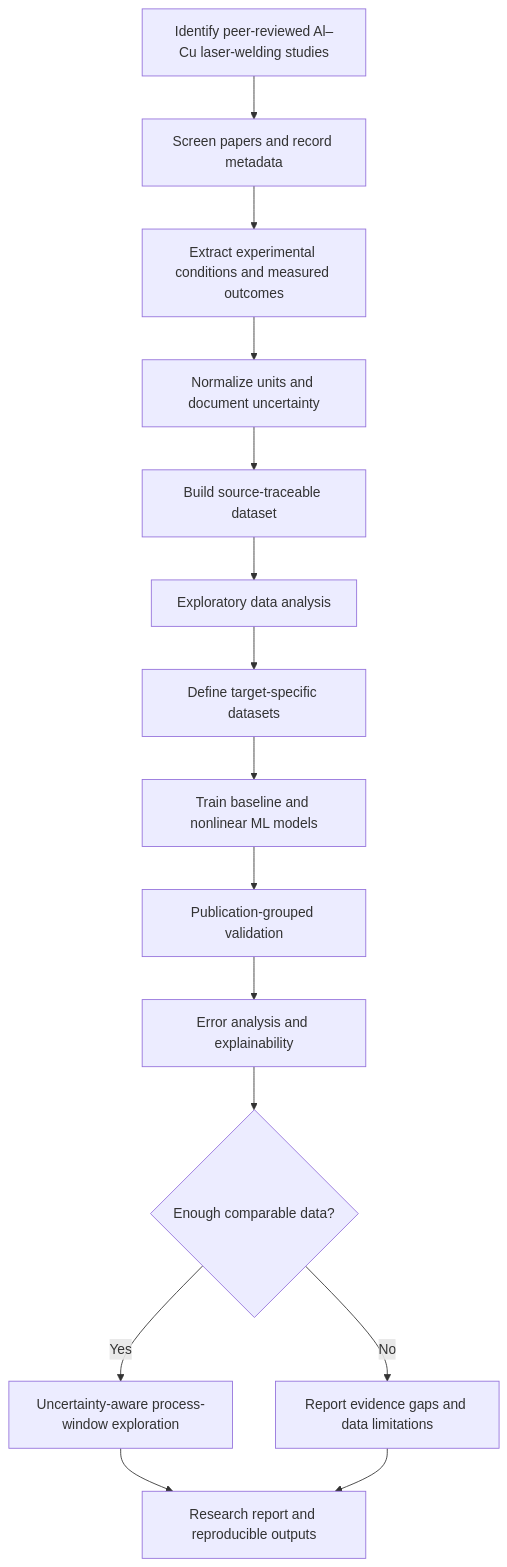
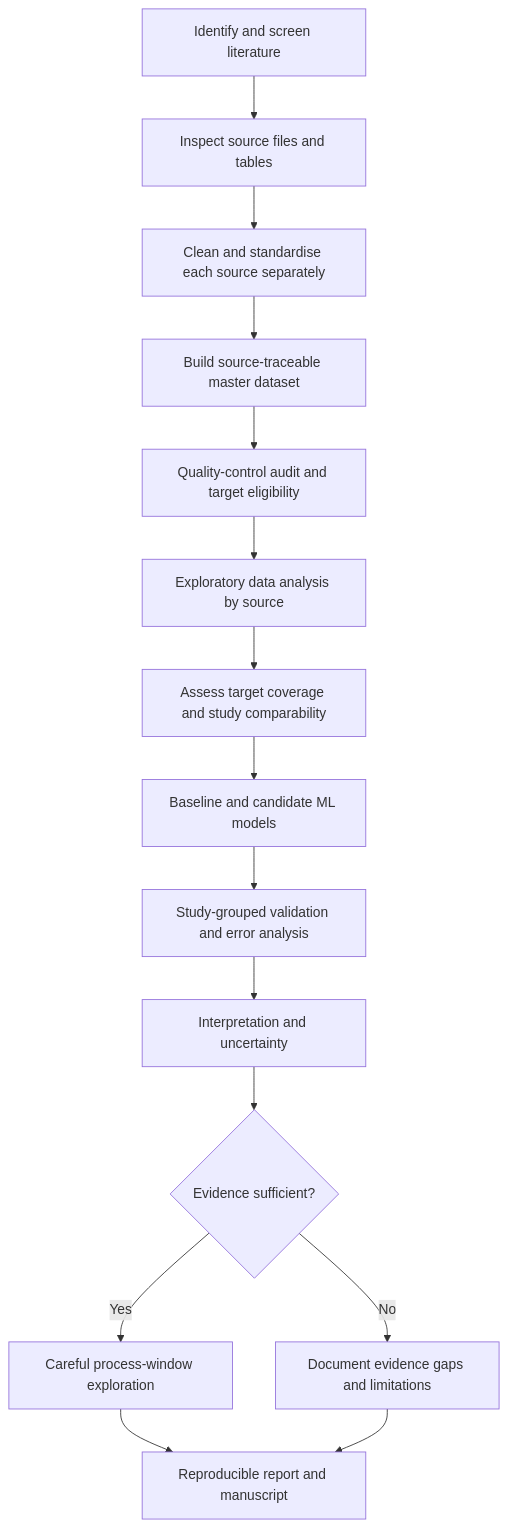
One commit to aadhilahamath07-pixel/AlCu-Laser-Welding-ML changed the diagram in README.md. Above: the diagram before and after it, drawn with Mermaid. The commit also changed other lines of this file, not shown here.

Commit message:
Refresh project README and current research status

````diff
--- a/README.md
+++ b/README.md
@@ -44,17 +62,17 @@
-~~~mermaid
+```mermaid
 flowchart TD
-    A[Identify peer-reviewed Al–Cu laser-welding studies] --> B[Screen papers and record metadata]
-    B --> C[Extract experimental conditions and measured outcomes]
-    C --> D[Normalize units and document uncertainty]
-    D --> E[Build source-traceable dataset]
-    E --> F[Exploratory data analysis]
-    F --> G[Define target-specific datasets]
-    G --> H[Train baseline and nonlinear ML models]
-    H --> I[Publication-grouped validation]
-    I --> J[Error analysis and explainability]
-    J --> K{Enough comparable data?}
-    K -- Yes --> L[Uncertainty-aware process-window exploration]
-    K -- No --> M[Report evidence gaps and data limitations]
-    L --> N[Research report and reproducible outputs]
+    A[Identify and screen literature] --> B[Inspect source files and tables]
+    B --> C[Clean and standardise each source separately]
+    C --> D[Build source-traceable master dataset]
+    D --> E[Quality-control audit and target eligibility]
+    E --> F[Exploratory data analysis by source]
+    F --> G[Assess target coverage and study comparability]
+    G --> H[Baseline and candidate ML models]
+    H --> I[Study-grouped validation and error analysis]
+    I --> J[Interpretation and uncertainty]
+    J --> K{Evidence sufficient?}
+    K -->|Yes| L[Careful process-window exploration]
+    K -->|No| M[Document evidence gaps and limitations]
+    L --> N[Reproducible report and manuscript]
     M --> N
-~~~
+```
````
